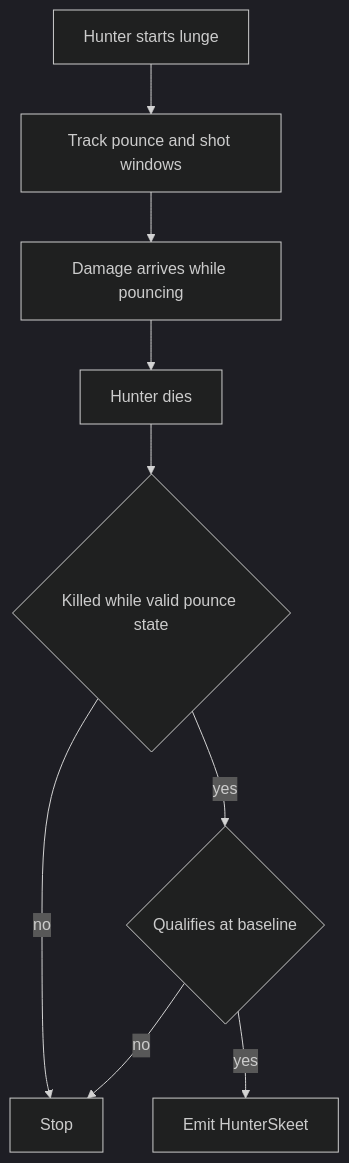
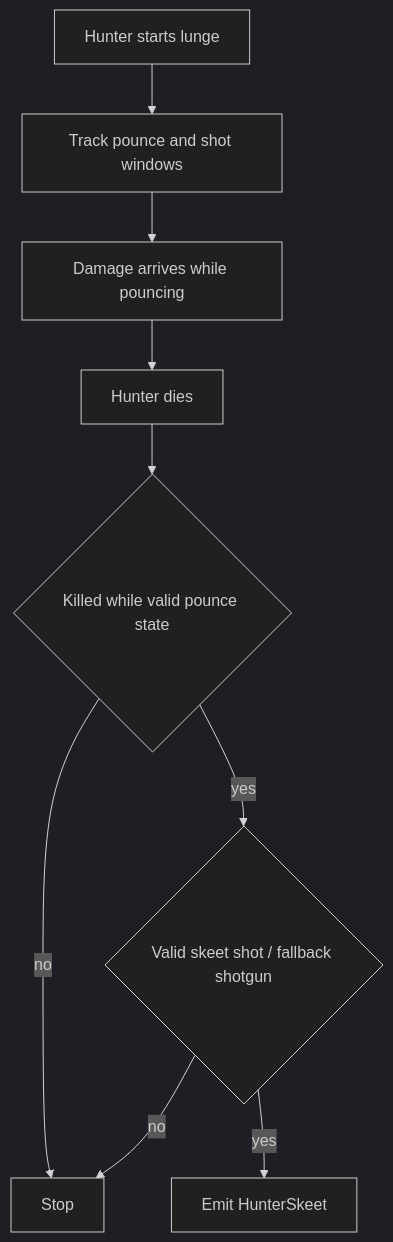
The first of 4 diagrams in docs/l4d2-skills-flow-hunter.md (AoC-Gamers/L4D2-Player-Skills), drawn with Mermaid (dark theme) before and after one commit. The commit also changed other lines of this file and 13 other files, not shown here.

````diff
--- a/docs/l4d2-skills-flow-hunter.md
+++ b/docs/l4d2-skills-flow-hunter.md
@@ -69,11 +78,11 @@
 ```mermaid
 flowchart TD
     A[Hunter starts lunge] --> B[Track pounce and shot windows]
     B --> C[Damage arrives while pouncing]
     C --> D[Hunter dies]
     D --> E{Killed while valid pounce state}
     E -->|no| F[Stop]
-    E -->|yes| G{Qualifies at baseline}
+    E -->|yes| G{Valid skeet shot / fallback shotgun}
     G -->|no| F
     G -->|yes| H[Emit HunterSkeet]
 ```
````
